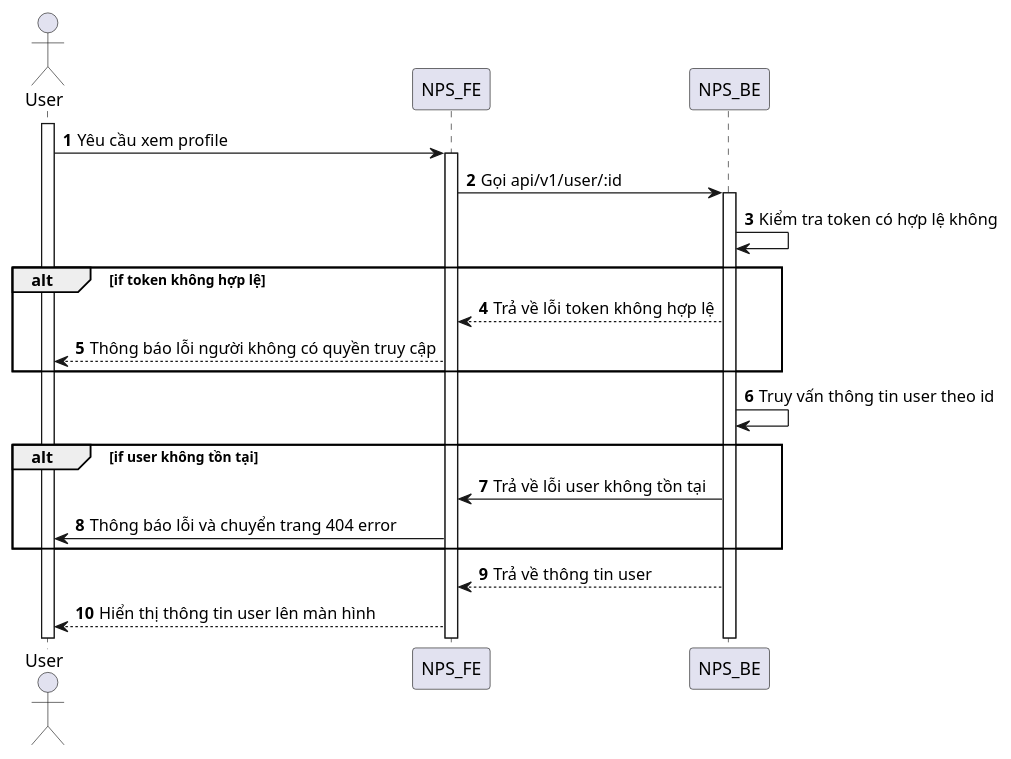
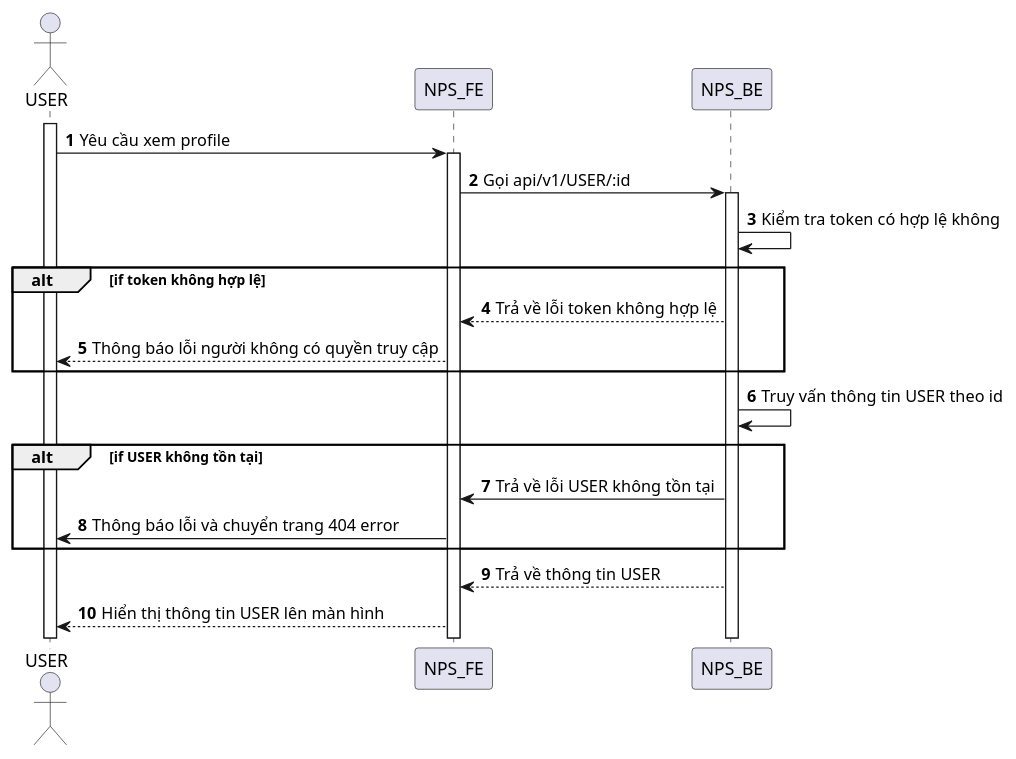
Before and after one commit to congdanh0101/fast-food: the diagram in SequenceDiagram/User/profile.puml, drawn with PlantUML. The commit also changed 144 other files, not shown here.

Commit message:
update seq diagram

```diff
--- a/SequenceDiagram/User/profile.puml
+++ b/SequenceDiagram/User/profile.puml
@@ -1,23 +1,23 @@
 @startuml
 autonumber
-actor User
-activate User
-User -> NPS_FE: Yêu cầu xem profile
+actor USER
+activate USER
+USER -> NPS_FE: Yêu cầu xem profile
 activate NPS_FE
-NPS_FE -> NPS_BE: Gọi api/v1/user/:id
+NPS_FE -> NPS_BE: Gọi api/v1/USER/:id
 activate NPS_BE
 NPS_BE -> NPS_BE: Kiểm tra token có hợp lệ không
 alt if token không hợp lệ
 NPS_BE --> NPS_FE: Trả về lỗi token không hợp lệ
-NPS_FE --> User: Thông báo lỗi người không có quyền truy cập
+NPS_FE --> USER: Thông báo lỗi người không có quyền truy cập
 end
-NPS_BE -> NPS_BE: Truy vấn thông tin user theo id
+NPS_BE -> NPS_BE: Truy vấn thông tin USER theo id
 
-alt if user không tồn tại
-NPS_BE -> NPS_FE: Trả về lỗi user không tồn tại
-NPS_FE -> User: Thông báo lỗi và chuyển trang 404 error
+alt if USER không tồn tại
+NPS_BE -> NPS_FE: Trả về lỗi USER không tồn tại
+NPS_FE -> USER: Thông báo lỗi và chuyển trang 404 error
 end
 
-NPS_BE --> NPS_FE: Trả về thông tin user
-NPS_FE --> User: Hiển thị thông tin user lên màn hình
+NPS_BE --> NPS_FE: Trả về thông tin USER
+NPS_FE --> USER: Hiển thị thông tin USER lên màn hình
 @enduml
```
